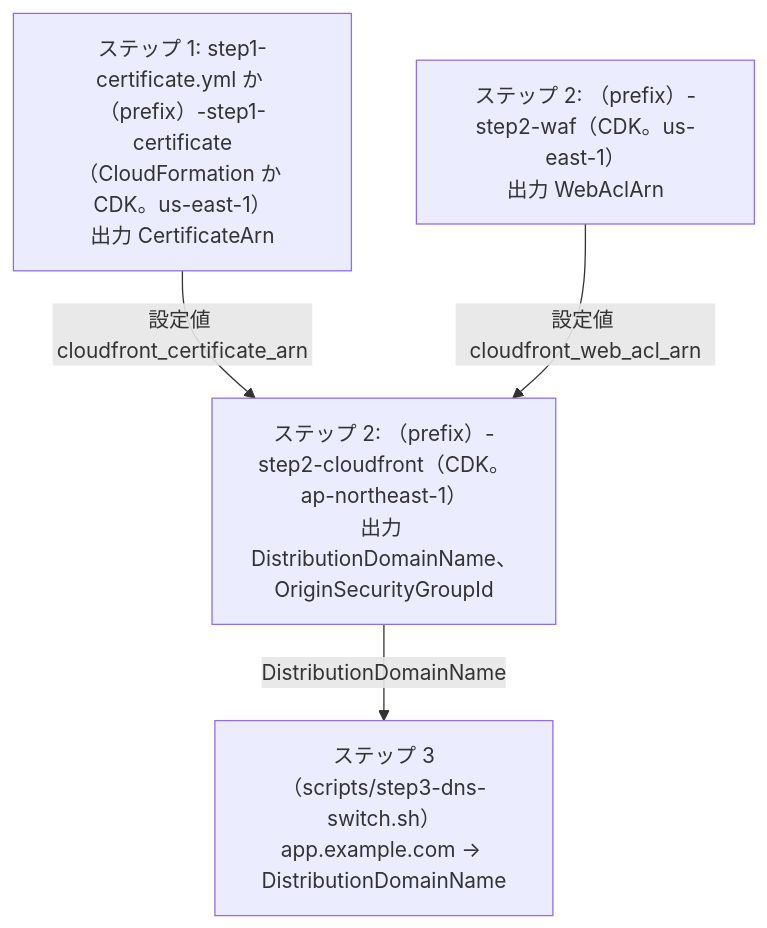
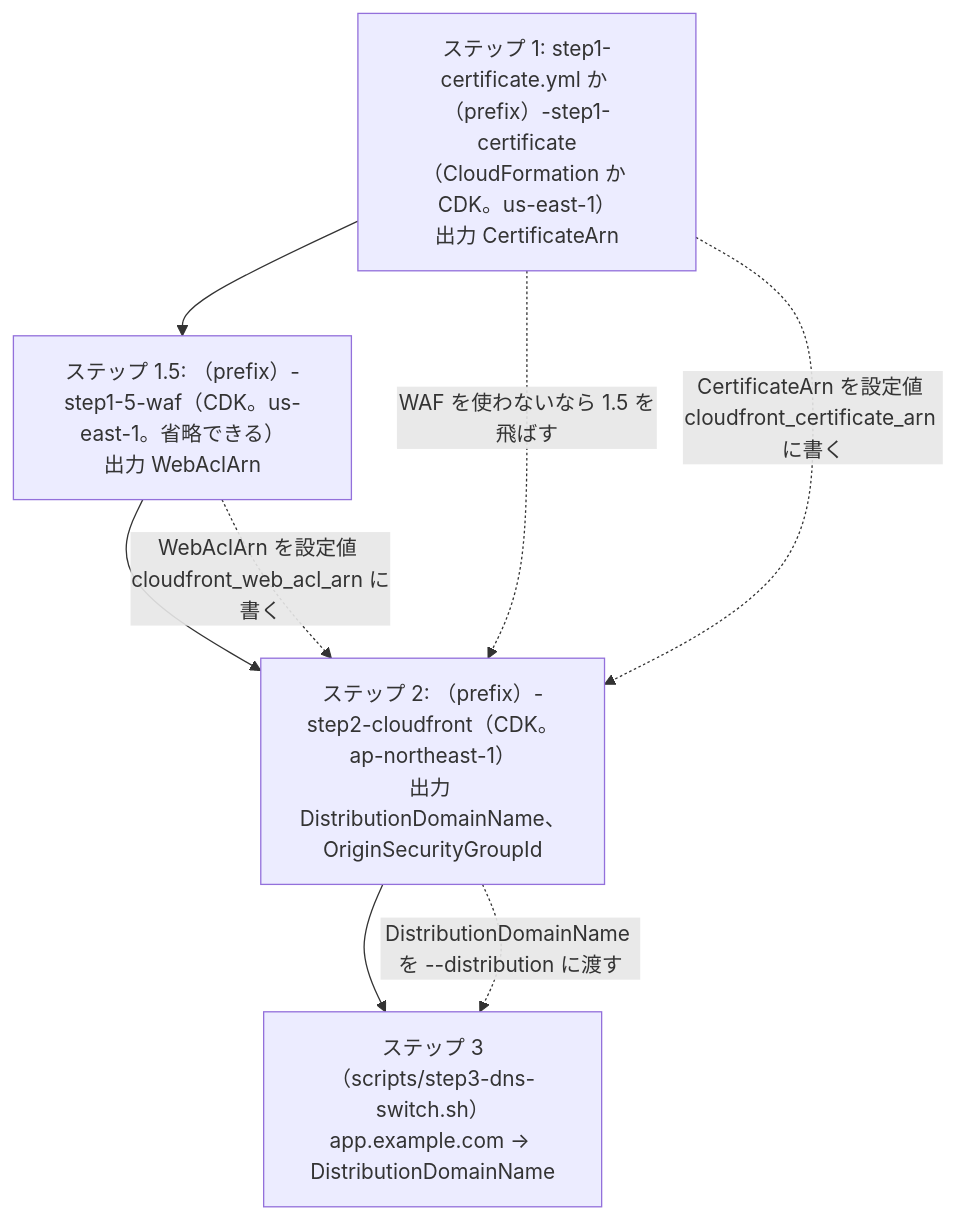
One commit to rxsxkxd/pk changed the diagram in docs/ec2-tls-termination-migration/definitions.md. Above: the diagram before and after it, drawn with Mermaid. The commit also changed other lines of this file and 22 other files, not shown here.

````diff
--- a/docs/ec2-tls-termination-migration/definitions.md
+++ b/docs/ec2-tls-termination-migration/definitions.md
@@ -24,11 +26,13 @@
 ```mermaid
 %%{init: {"themeVariables": {"fontSize": "16px"}}}%%
 flowchart TD
   S1["ステップ 1: step1-certificate.yml か （prefix）-step1-certificate（CloudFormation か CDK。us-east-1）<br/>出力 CertificateArn"]
-  W["ステップ 2: （prefix）-step2-waf（CDK。us-east-1）<br/>出力 WebAclArn"]
+  W["ステップ 1.5: （prefix）-step1-5-waf（CDK。us-east-1。省略できる）<br/>出力 WebAclArn"]
   CF["ステップ 2: （prefix）-step2-cloudfront（CDK。ap-northeast-1）<br/>出力 DistributionDomainName、OriginSecurityGroupId"]
   S3["ステップ 3（scripts/step3-dns-switch.sh）<br/>app.example.com → DistributionDomainName"]
-  S1 -- "設定値 cloudfront_certificate_arn" --> CF
-  W -- "設定値 cloudfront_web_acl_arn" --> CF
-  CF -- "DistributionDomainName" --> S3
+  S1 --> W --> CF --> S3
+  S1 -. "WAF を使わないなら 1.5 を飛ばす" .-> CF
+  S1 -. "CertificateArn を設定値 cloudfront_certificate_arn に書く" .-> CF
+  W -. "WebAclArn を設定値 cloudfront_web_acl_arn に書く" .-> CF
+  CF -. "DistributionDomainName を --distribution に渡す" .-> S3
 ```
````
